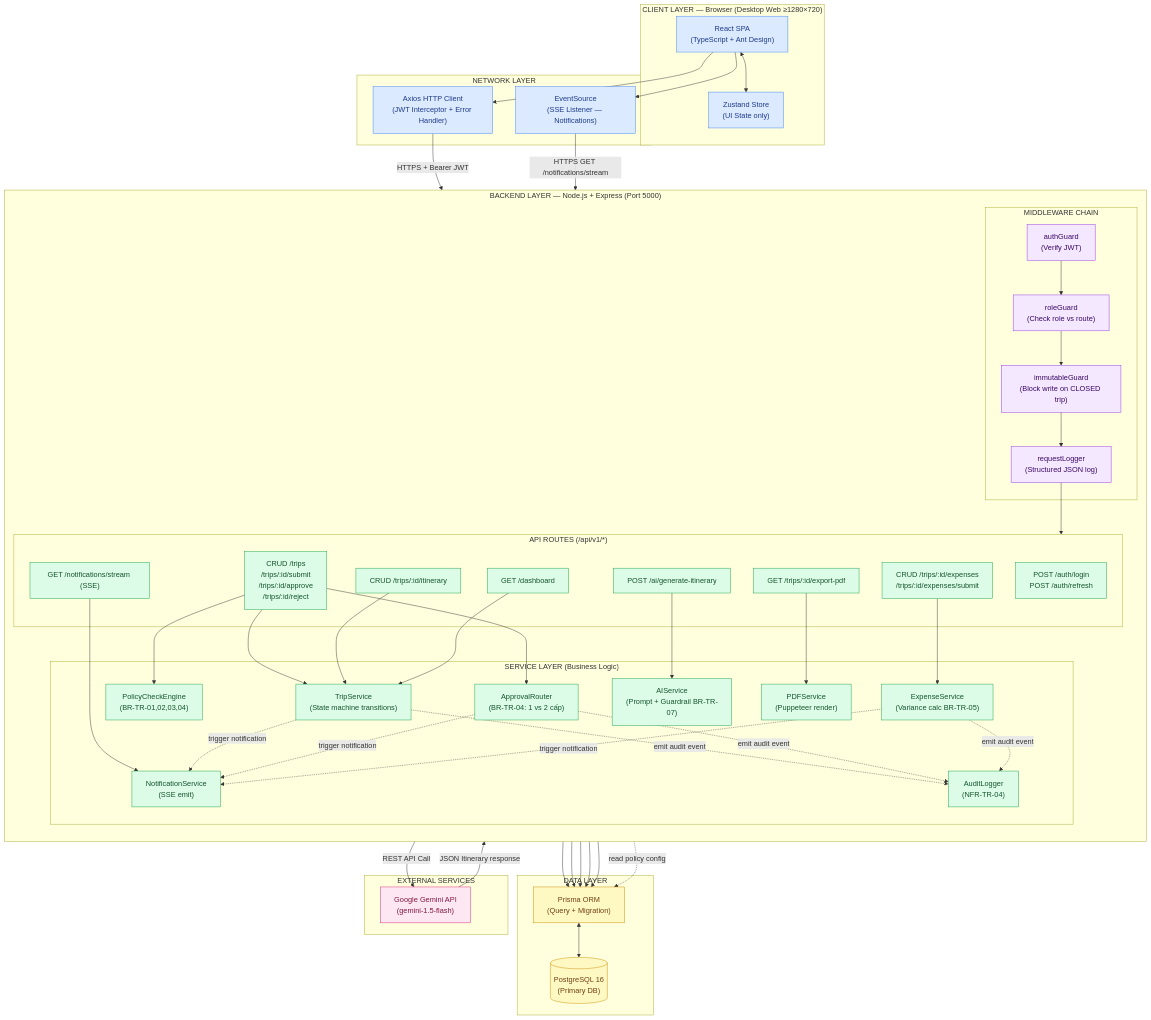
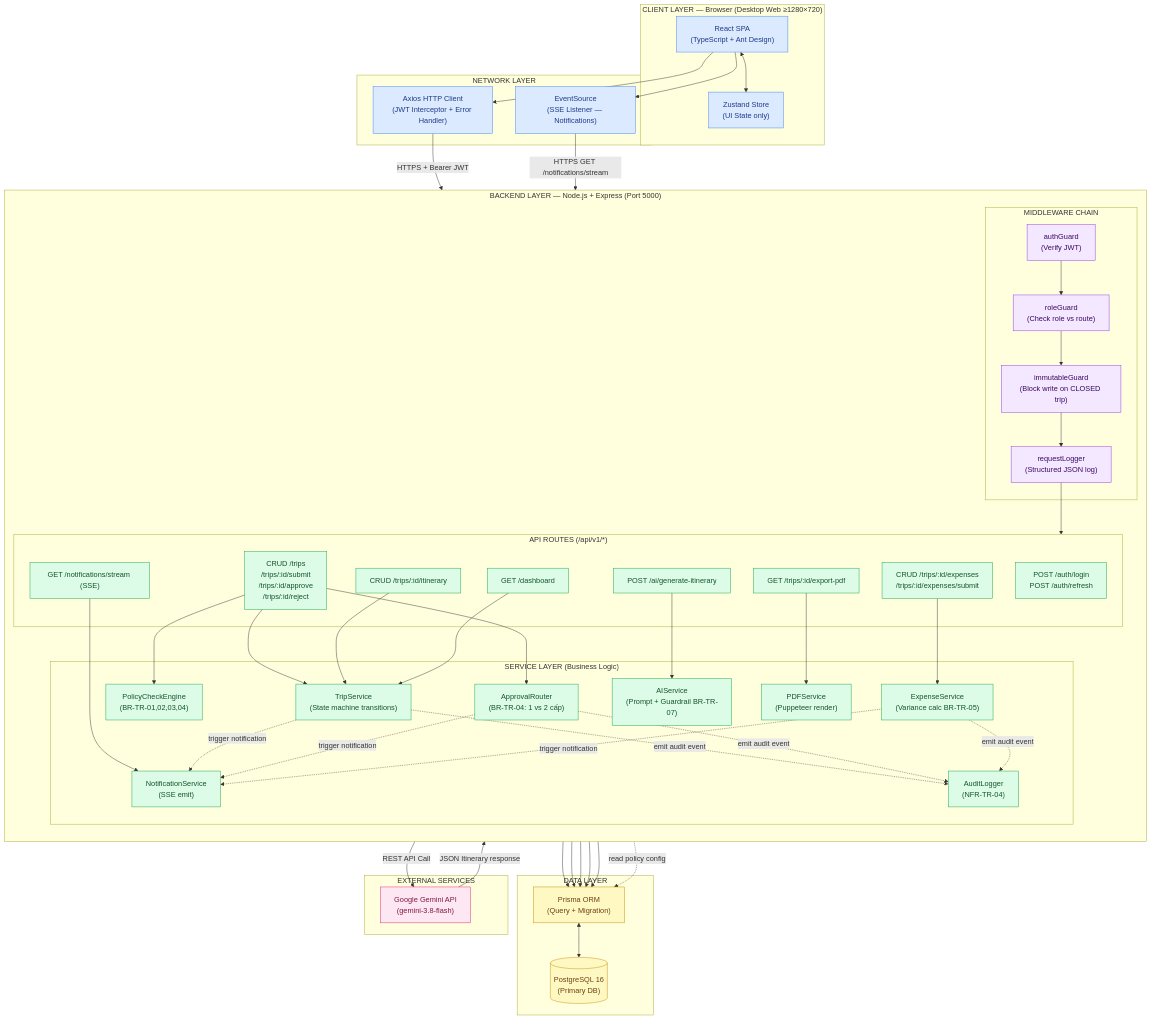
One commit to mynhi1011/Smart-Travel-Business-Trip-Management changed the first of 6 diagrams in docs/05-technical/architecture.md. Above: the diagram before and after it, drawn with Mermaid. The commit also changed other lines of this file and 10 other files, not shown here.

Commit message:
kết nối Gemini API

```diff
--- a/docs/05-technical/architecture.md
+++ b/docs/05-technical/architecture.md
@@ -164,7 +164,7 @@
     end
 
     subgraph EXTERNAL["EXTERNAL SERVICES"]
-        GEMINI["Google Gemini API\n(gemini-1.5-flash)"]
+        GEMINI["Google Gemini API\n(gemini-3.8-flash)"]
     end
 
     %% Client → Network
```
